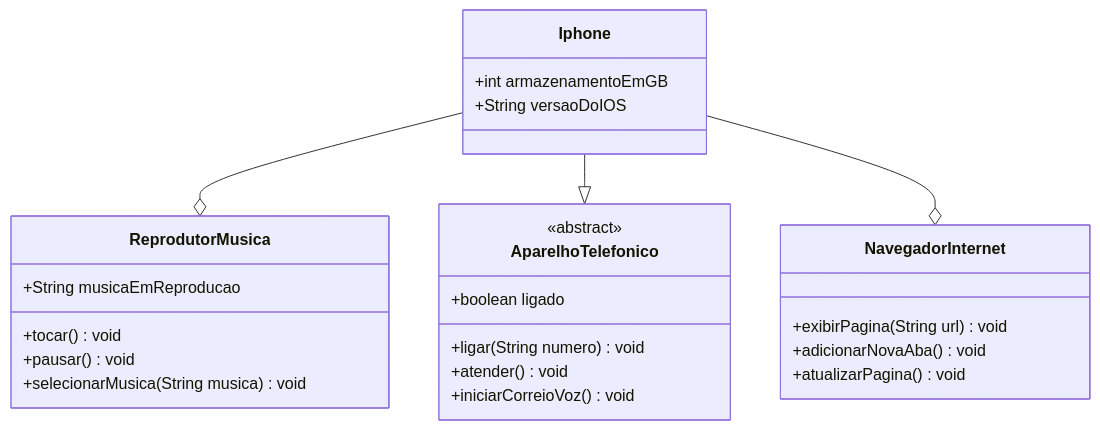
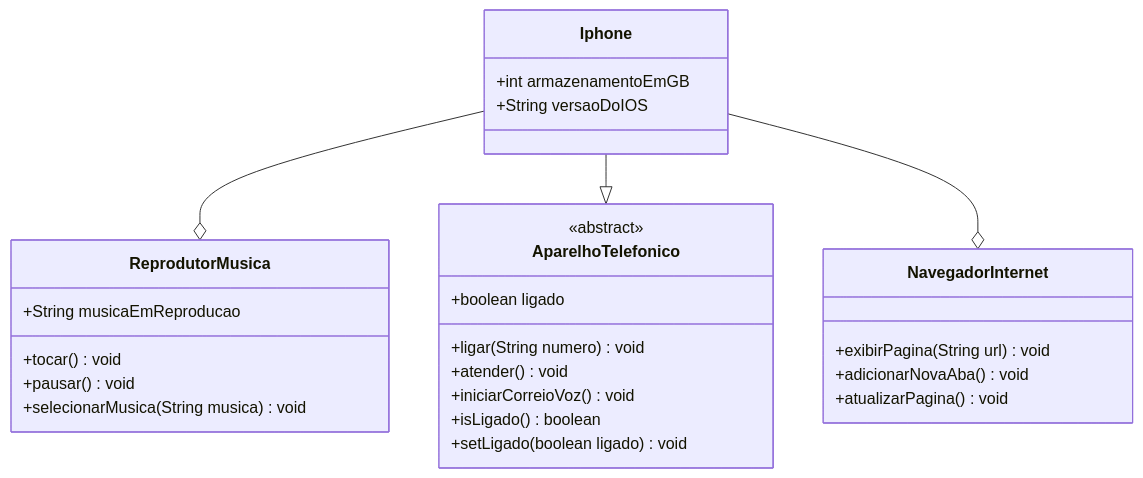
One commit to HenriqueOFreitas/UML-IPHONE changed the diagram in README.md. Above: the diagram before and after it, drawn with Mermaid. The commit also changed 2 other files, not shown here.

````diff
--- a/README.md
+++ b/README.md
@@ -28,32 +28,34 @@
 ```mermaid
 classDiagram
     Iphone --o ReprodutorMusica
     Iphone --|> AparelhoTelefonico
     Iphone --o NavegadorInternet
 
     class Iphone {
         +int armazenamentoEmGB
         +String versaoDoIOS
     }
 
     class ReprodutorMusica{
       +String musicaEmReproducao
       +tocar() void
       +pausar() void
       +selecionarMusica(String musica) void
     }
 
     class AparelhoTelefonico {
         <<abstract>>
         +boolean ligado
         +ligar(String numero) void
         +atender() void
         +iniciarCorreioVoz() void
+        +isLigado() boolean
+        +setLigado(boolean ligado) void
     }
 
     class NavegadorInternet {
         +exibirPagina(String url) void
         +adicionarNovaAba() void
         +atualizarPagina() void
     }
 ```
````
